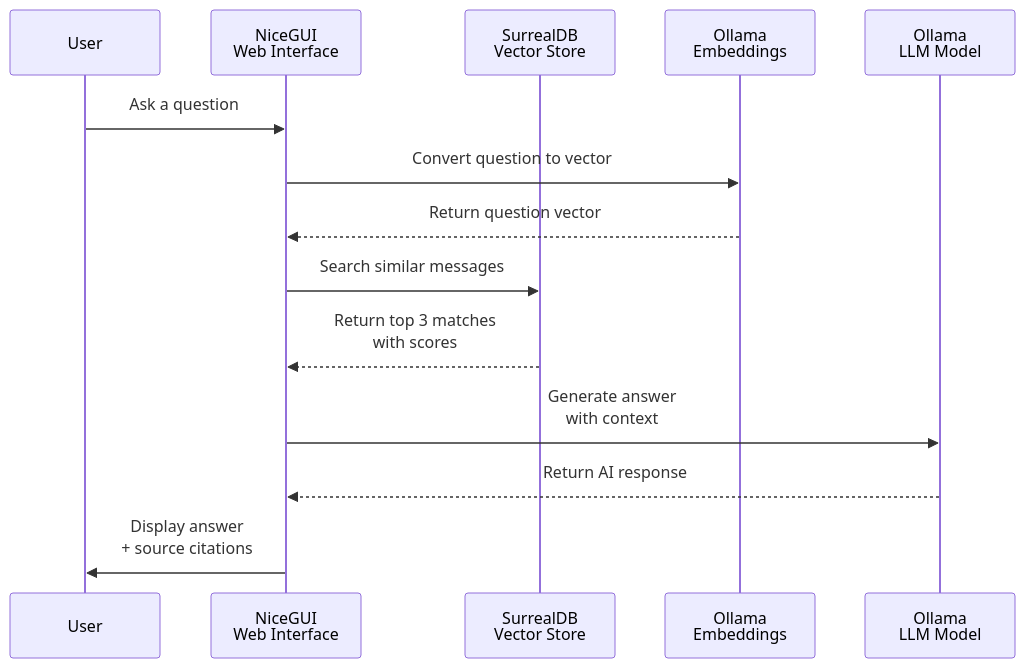
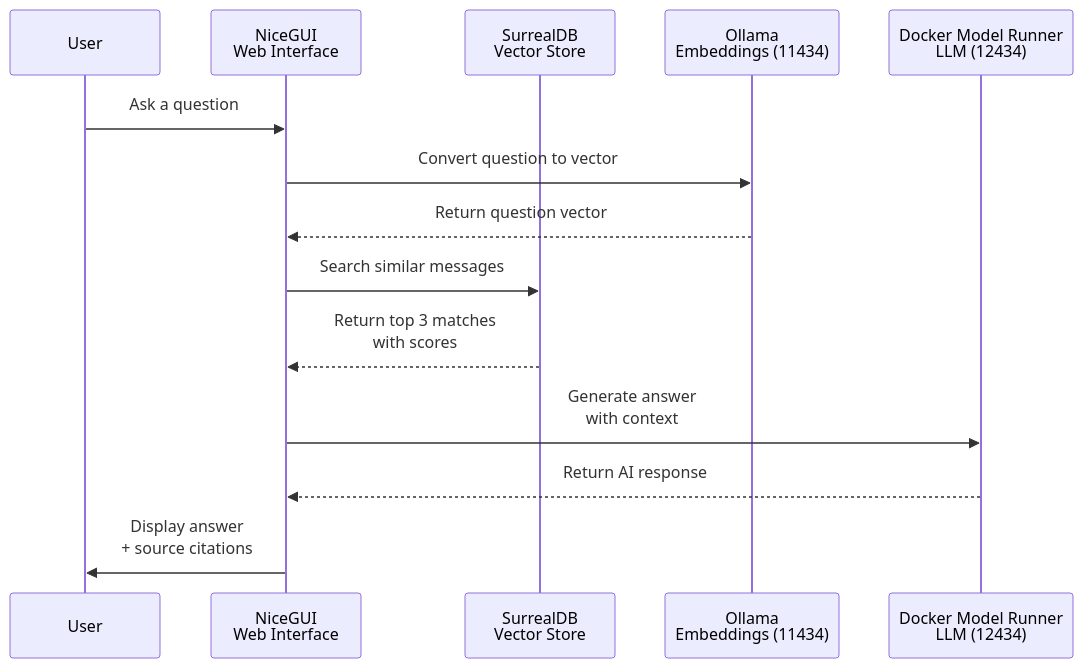
Before and after one commit to Raveendiran-RR/surrealdb-rag-demo: the third of 4 diagrams in README.md, drawn with Mermaid. The commit also changed other lines of this file, not shown here.

````diff
--- a/README.md
+++ b/README.md
@@ -143,17 +227,17 @@
 ```mermaid
 sequenceDiagram
     participant User
     participant UI as NiceGUI<br/>Web Interface
     participant VectorStore as SurrealDB<br/>Vector Store
-    participant Embedder as Ollama<br/>Embeddings
-    participant LLM as Ollama<br/>LLM Model
+    participant Embedder as Ollama<br/>Embeddings (11434)
+    participant LLM as Docker Model Runner<br/>LLM (12434)
 
     User->>UI: Ask a question
     UI->>Embedder: Convert question to vector
     Embedder-->>UI: Return question vector
     UI->>VectorStore: Search similar messages
     VectorStore-->>UI: Return top 3 matches<br/>with scores
     UI->>LLM: Generate answer<br/>with context
     LLM-->>UI: Return AI response
     UI->>User: Display answer<br/>+ source citations
 ```
````
